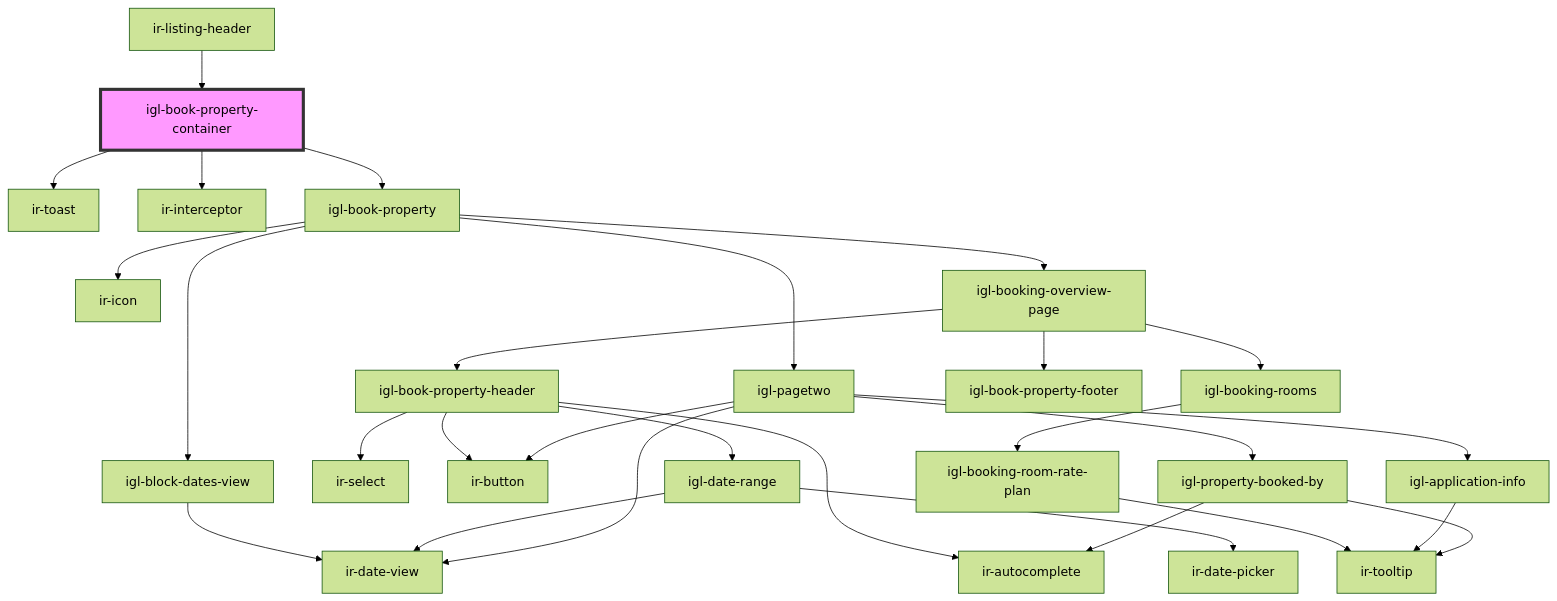
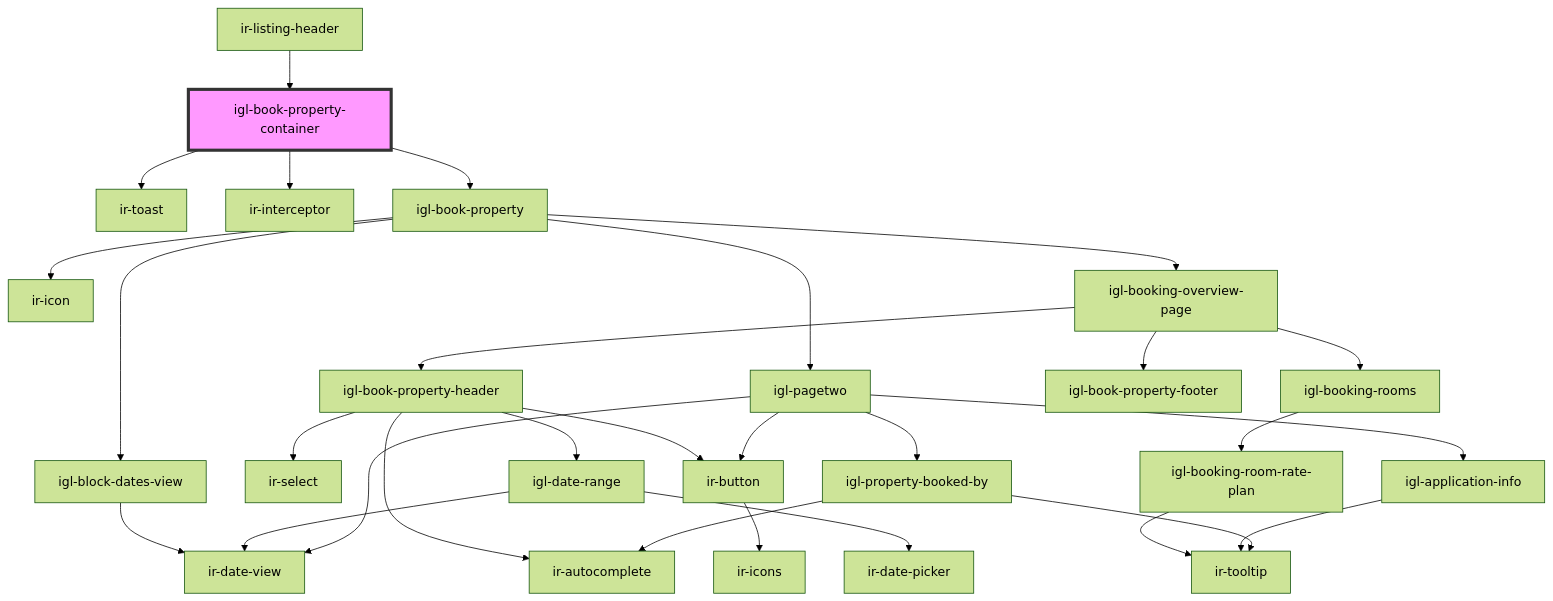
Before and after one commit to David1Chowaifaty/modified-ir-webcmp: the diagram in src/components/igl-book-property-container/readme.md, drawn with Mermaid (forest theme). The commit also changed 32 other files, not shown here.

````diff
--- a/src/components/igl-book-property-container/readme.md
+++ b/src/components/igl-book-property-container/readme.md
@@ -41,31 +41,32 @@
 ```mermaid
 graph TD;
   igl-book-property-container --> ir-toast
   igl-book-property-container --> ir-interceptor
   igl-book-property-container --> igl-book-property
   igl-book-property --> igl-block-dates-view
   igl-book-property --> ir-icon
   igl-book-property --> igl-booking-overview-page
   igl-book-property --> igl-pagetwo
   igl-block-dates-view --> ir-date-view
   igl-booking-overview-page --> igl-book-property-header
   igl-booking-overview-page --> igl-booking-rooms
   igl-booking-overview-page --> igl-book-property-footer
   igl-book-property-header --> ir-autocomplete
   igl-book-property-header --> ir-select
   igl-book-property-header --> ir-button
   igl-book-property-header --> igl-date-range
+  ir-button --> ir-icons
   igl-date-range --> ir-date-picker
   igl-date-range --> ir-date-view
   igl-booking-rooms --> igl-booking-room-rate-plan
   igl-booking-room-rate-plan --> ir-tooltip
   igl-pagetwo --> ir-date-view
   igl-pagetwo --> igl-application-info
   igl-pagetwo --> igl-property-booked-by
   igl-pagetwo --> ir-button
   igl-application-info --> ir-tooltip
   igl-property-booked-by --> ir-autocomplete
   igl-property-booked-by --> ir-tooltip
   ir-listing-header --> igl-book-property-container
   style igl-book-property-container fill:#f9f,stroke:#333,stroke-width:4px
 ```
````
